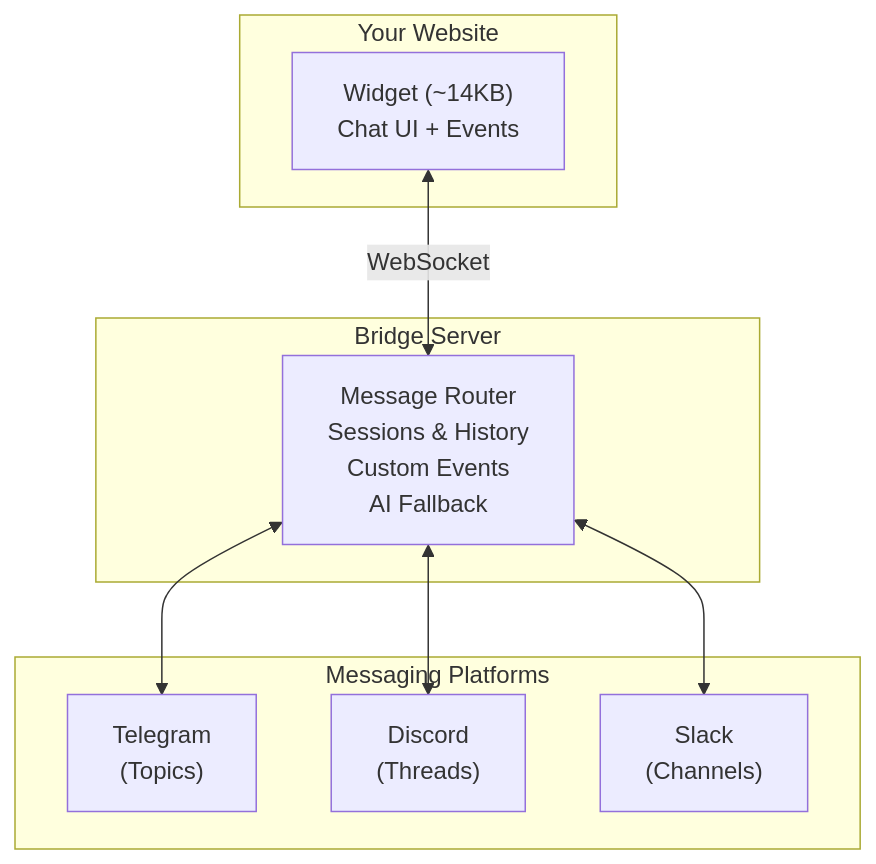
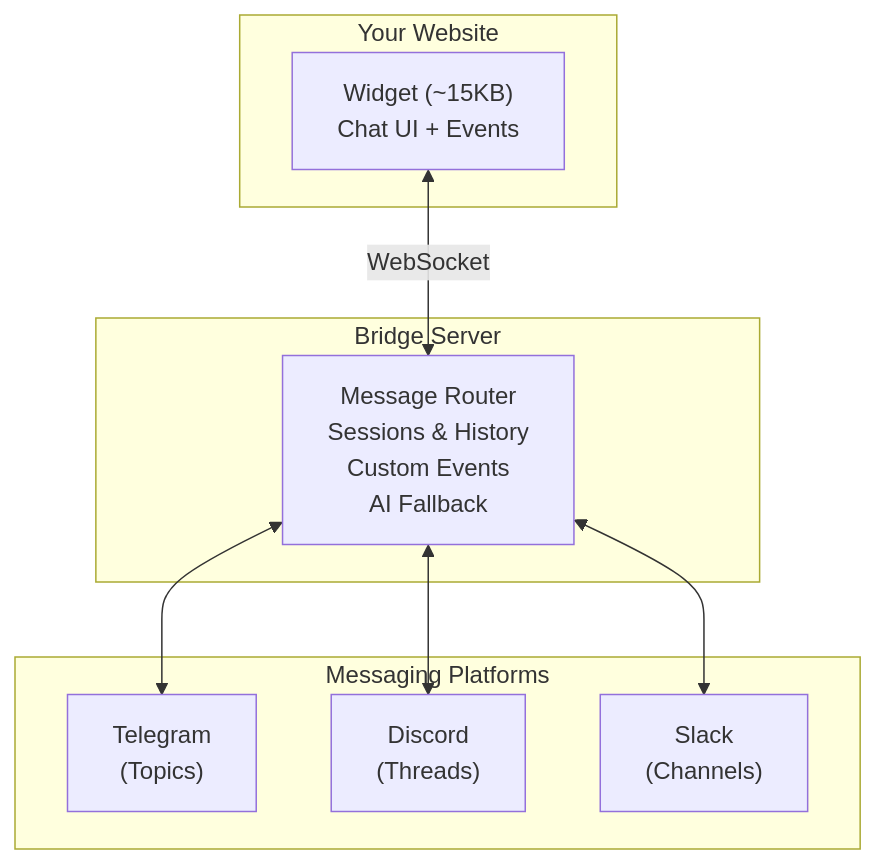
Before and after one commit to Ruwad-io/pocketping: the first of 10 diagrams in docs-site/docs/concepts.md, drawn with Mermaid. The commit also changed other lines of this file and 2 other files, not shown here.

Commit message:
docs: Update widget size to ~15KB (accurate measurement)

````diff
--- a/docs-site/docs/concepts.md
+++ b/docs-site/docs/concepts.md
@@ -17,21 +17,21 @@
 ```mermaid
 flowchart TB
     subgraph website["Your Website"]
-        widget["Widget (~14KB)<br/>Chat UI + Events"]
+        widget["Widget (~15KB)<br/>Chat UI + Events"]
     end
 
     subgraph bridge["Bridge Server"]
         router["Message Router<br/>Sessions & History<br/>Custom Events<br/>AI Fallback"]
     end
 
     subgraph platforms["Messaging Platforms"]
         tg["Telegram<br/>(Topics)"]
         dc["Discord<br/>(Threads)"]
         sl["Slack<br/>(Channels)"]
     end
 
     widget <-->|WebSocket| router
     router <--> tg
     router <--> dc
     router <--> sl
 ```
````
